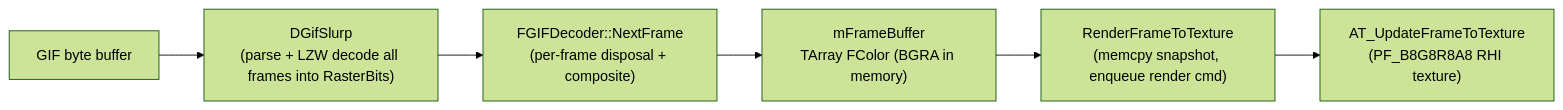
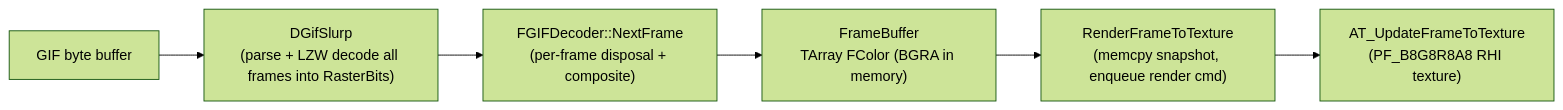
One commit to neil3d/UAnimatedTexture5 changed the first of 2 diagrams in Docs/GifDecoder.md. Above: the diagram before and after it, drawn with Mermaid (forest theme). The commit also changed other lines of this file and 3 other files, not shown here.

````diff
--- a/Docs/GifDecoder.md
+++ b/Docs/GifDecoder.md
@@ -24,8 +24,8 @@
 ```mermaid
 flowchart LR
     Bytes[GIF byte buffer] --> Slurp["DGifSlurp<br/>(parse + LZW decode all frames into RasterBits)"]
     Slurp --> StateMachine["FGIFDecoder::NextFrame<br/>(per-frame disposal + composite)"]
-    StateMachine --> FrameBuf["mFrameBuffer<br/>TArray FColor (BGRA in memory)"]
+    StateMachine --> FrameBuf["FrameBuffer<br/>TArray FColor (BGRA in memory)"]
     FrameBuf --> Copy["RenderFrameToTexture<br/>(memcpy snapshot, enqueue render cmd)"]
     Copy --> RHI["AT_UpdateFrameToTexture<br/>(PF_B8G8R8A8 RHI texture)"]
 ```
````
